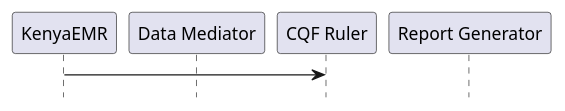
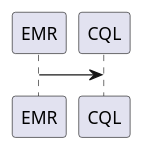
The diagram in input/images-source/simple-workflow.plantuml (costateixeira/MERindicators), drawn with PlantUML before and after one commit. The commit also changed 1 other file, not shown here.

Commit message:
simplify diagram

```diff
--- a/input/images-source/simple-workflow.plantuml
+++ b/input/images-source/simple-workflow.plantuml
@@ -1,11 +1,11 @@
 @startuml
-skinparam svgDimensionStyle false
-hide footbox
-participant "KenyaEMR" as EMR
-participant "Data Mediator" as Data
-participant "CQF Ruler" as CQL
-participant "Report Generator" as Report 
+'skinparam svgDimensionStyle false
+'hide footbox
+'participant "KenyaEMR" as EMR
+'participant "Data Mediator" as Data
+'participant "CQF Ruler" as CQL
+'participant "Report Generator" as Report 
 
 EMR -> CQL
 
 @enduml
```
